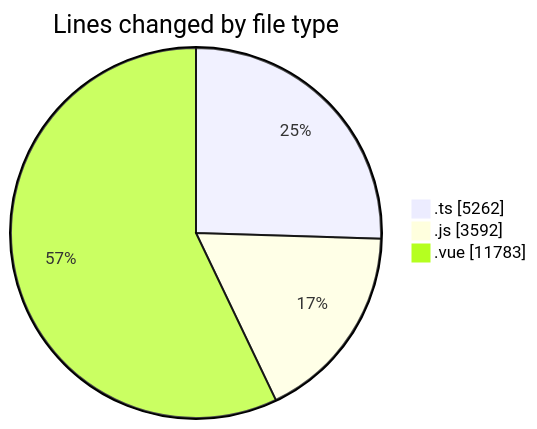
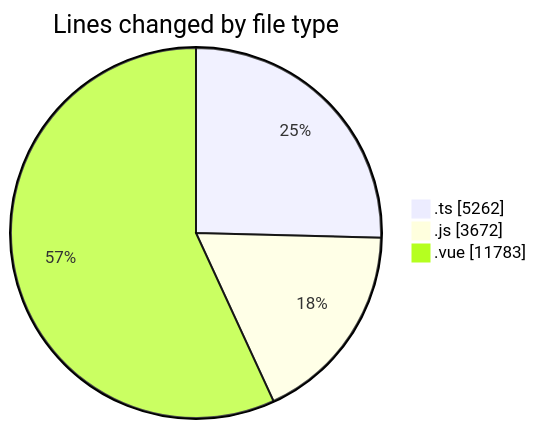
The first of 2 diagrams in 2025-08-16/rentotp/README.md (lephambinh05/code-tracking), drawn with Mermaid before and after one commit. The commit also changed other lines of this file and 1 other file, not shown here.

````diff
--- a/2025-08-16/rentotp/README.md
+++ b/2025-08-16/rentotp/README.md
@@ -84,7 +86,7 @@
 ```mermaid
 pie showData
 title Lines changed by file type
 ".ts" : 5262
-".js" : 3592
+".js" : 3672
 ".vue" : 11783
 ```
````
